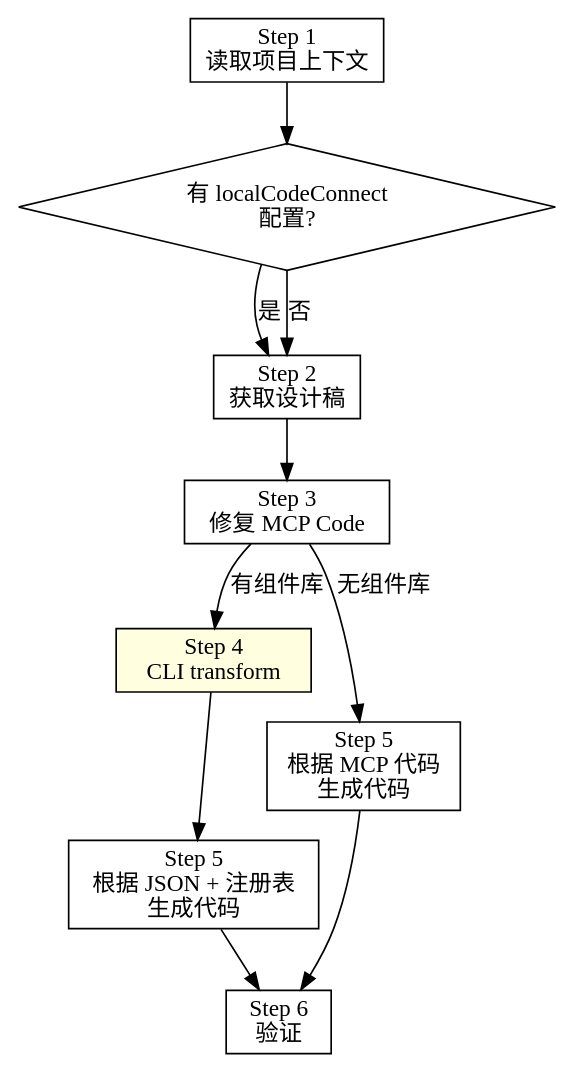
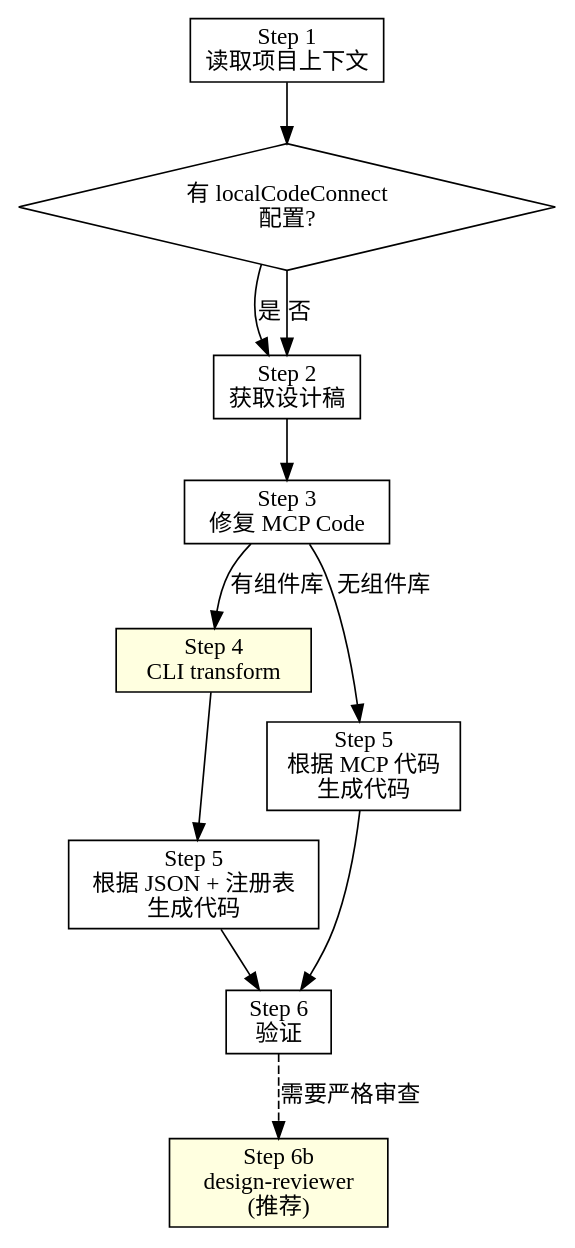
One commit to XRenSiu/claude-code-forge changed the second of 2 diagrams in plugins/pdforge/skills/figma-to-code/SKILL.md. Above: the diagram before and after it, drawn with Graphviz. The commit also changed other lines of this file and 8 other files, not shown here.

````diff
--- a/plugins/pdforge/skills/figma-to-code/SKILL.md
+++ b/plugins/pdforge/skills/figma-to-code/SKILL.md
@@ -50,24 +50,26 @@
 ```dot
 digraph {
     rankdir=TB;
     
     s1 [label="Step 1\n读取项目上下文" shape=box];
     q1 [label="有 localCodeConnect\n配置?" shape=diamond];
     s2 [label="Step 2\n获取设计稿" shape=box];
     s3 [label="Step 3\n修复 MCP Code" shape=box];
     s4 [label="Step 4\nCLI transform" shape=box style=filled fillcolor=lightyellow];
     s5a [label="Step 5\n根据 JSON + 注册表\n生成代码" shape=box];
     s5b [label="Step 5\n根据 MCP 代码\n生成代码" shape=box];
     s6 [label="Step 6\n验证" shape=box];
+    s6b [label="Step 6b\ndesign-reviewer\n(推荐)" shape=box style=filled fillcolor=lightyellow];
     
     s1 -> q1;
     q1 -> s2 [label="是"];
     q1 -> s2 [label="否"];
     s2 -> s3;
     s3 -> s4 [label="有组件库"];
     s3 -> s5b [label="无组件库"];
     s4 -> s5a;
     s5a -> s6;
     s5b -> s6;
+    s6 -> s6b [label="需要严格审查" style=dashed];
 }
 ```
````
